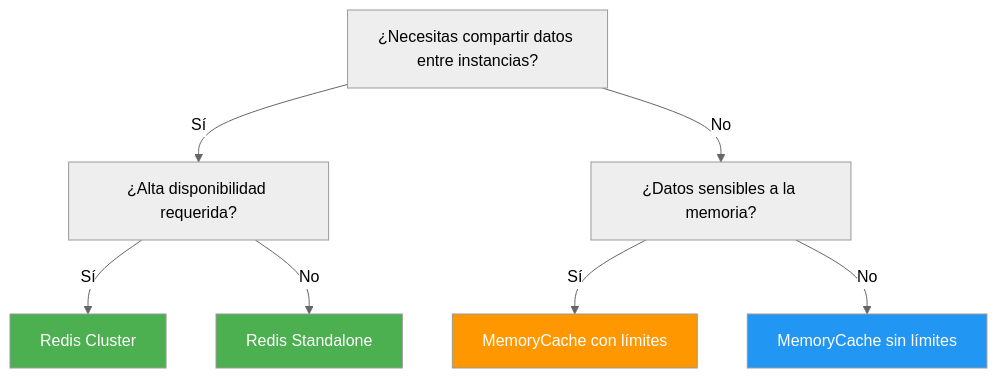
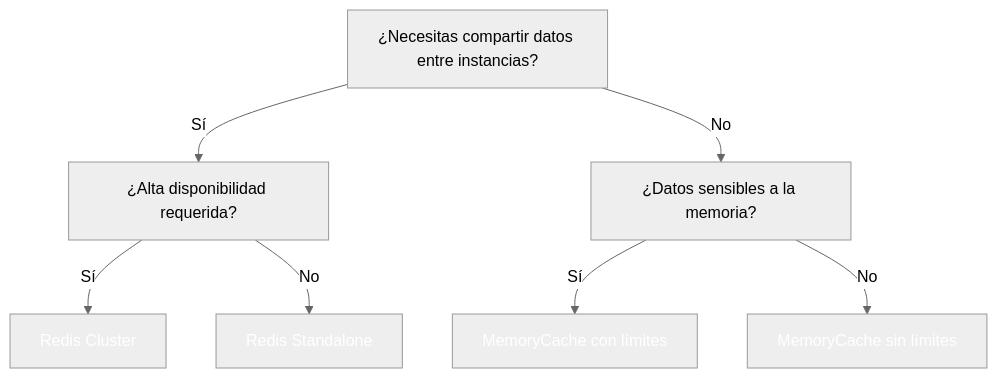
Before and after one commit to joseluisgs/DesarrolloWebEntornosServidor-02-2026-2027: the fifth of 17 diagrams in 14-cache-redis.md, drawn with Mermaid (neutral theme). The commit also changed other lines of this file and 41 other files, not shown here.

````diff
--- a/14-cache-redis.md
+++ b/14-cache-redis.md
@@ -179,13 +179,13 @@
 ```mermaid
 flowchart TD
     A["¿Necesitas compartir datos entre instancias?"] -->|Sí| B["¿Alta disponibilidad requerida?"]
     A -->|No| C["¿Datos sensibles a la memoria?"]
     B -->|Sí| D["Redis Cluster"]
     B -->|No| E["Redis Standalone"]
     C -->|Sí| F["MemoryCache con límites"]
     C -->|No| G["MemoryCache sin límites"]
-    style D fill:#4CAF50,color:#fff
-    style E fill:#4CAF50,color:#fff
-    style F fill:#FF9800,color:#fff
-    style G fill:#2196F3,color:#fff
+    style D fill:#4CAF5,color:#fff0,color:#fff
+    style E fill:#4CAF5,color:#fff0,color:#fff
+    style F fill:#FF980,color:#fff0,color:#fff
+    style G fill:#2196F,color:#fff3,color:#fff
 ```
````
